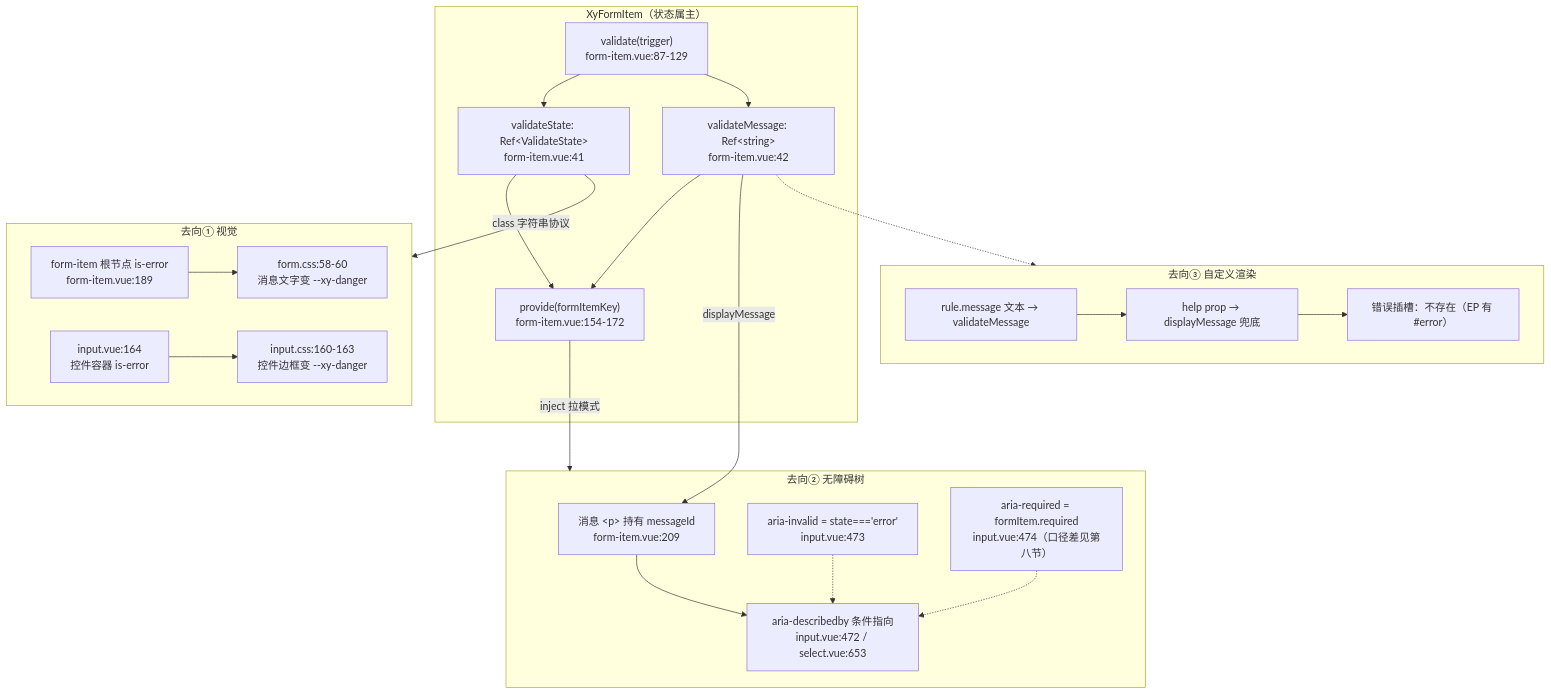
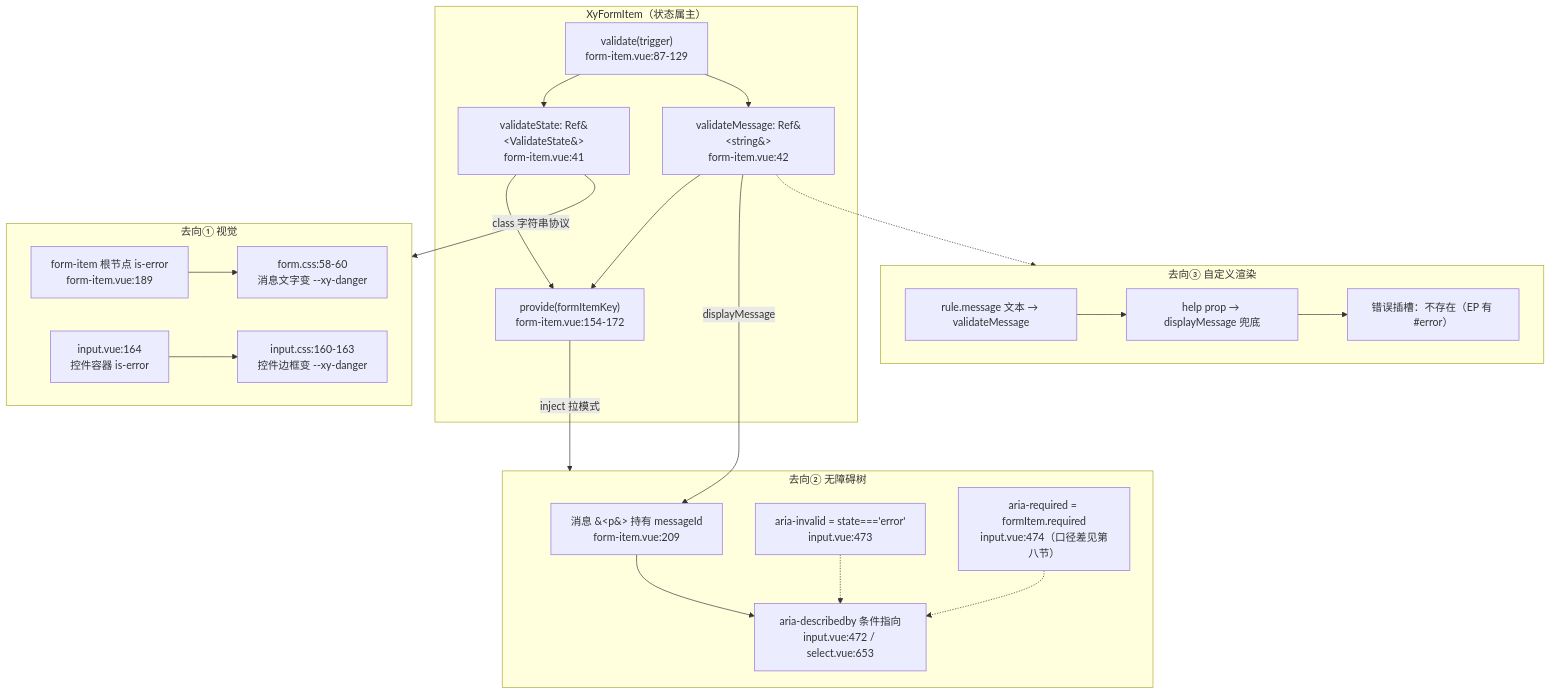
Before and after one commit to zhangzhengyang27/tech-codex: the first of 3 diagrams in docs/14-组件库专栏/6-基础组件表单篇/6-18-FormItem-消息与aria链路.md, drawn with Mermaid. The commit also changed 195 other files, not shown here.

````diff
--- a/docs/14-组件库专栏/6-基础组件表单篇/6-18-FormItem-消息与aria链路.md
+++ b/docs/14-组件库专栏/6-基础组件表单篇/6-18-FormItem-消息与aria链路.md
@@ -31,45 +31,45 @@
 ```mermaid
 flowchart TD
     subgraph FI["XyFormItem（状态属主）"]
         V["validate(trigger)<br/>form-item.vue:87-129"]
-        S["validateState: Ref&lt;ValidateState&gt;<br/>form-item.vue:41"]
-        M["validateMessage: Ref&lt;string&gt;<br/>form-item.vue:42"]
+        S["validateState: Ref&#60;ValidateState&#62;<br/>form-item.vue:41"]
+        M["validateMessage: Ref&#60;string&#62;<br/>form-item.vue:42"]
         P["provide(formItemKey)<br/>form-item.vue:154-172"]
         V --> S
         V --> M
         S --> P
         M --> P
     end
 
     subgraph A["去向① 视觉"]
         C1["form-item 根节点 is-error<br/>form-item.vue:189"]
         C2["form.css:58-60<br/>消息文字变 --xy-danger"]
         C3["input.vue:164<br/>控件容器 is-error"]
         C4["input.css:160-163<br/>控件边框变 --xy-danger"]
         C1 --> C2
         C3 --> C4
     end
 
     subgraph B["去向② 无障碍树"]
-        A1["消息 &lt;p&gt; 持有 messageId<br/>form-item.vue:209"]
+        A1["消息 &#60;p&#62; 持有 messageId<br/>form-item.vue:209"]
         A2["aria-describedby 条件指向<br/>input.vue:472 / select.vue:653"]
         A3["aria-invalid = state==='error'<br/>input.vue:473"]
         A4["aria-required = formItem.required<br/>input.vue:474（口径差见第八节）"]
         A1 --> A2
         A3 -.-> A2
         A4 -.-> A2
     end
 
     subgraph D["去向③ 自定义渲染"]
         D1["rule.message 文本 → validateMessage"]
         D2["help prop → displayMessage 兜底"]
         D3["错误插槽：不存在（EP 有 #error）"]
         D1 --> D2
         D2 --> D3
     end
 
     S -->|"class 字符串协议"| A
     P -->|"inject 拉模式"| B
     M -->|"displayMessage"| A1
     M -.-> D
 ```
````
